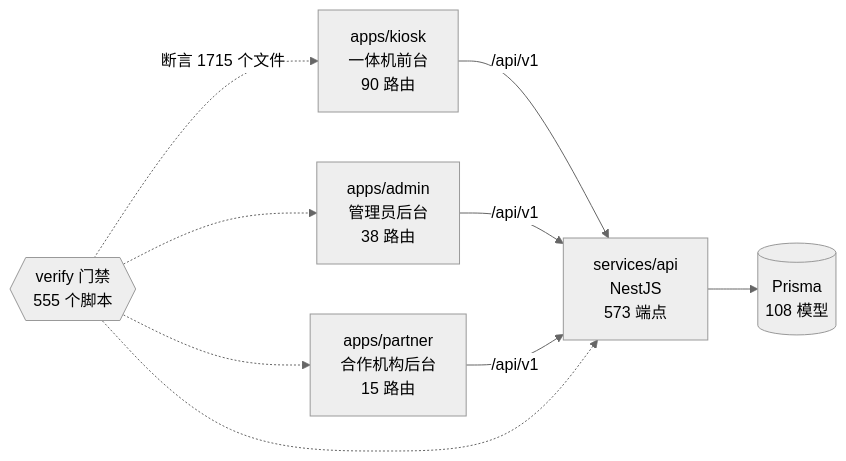
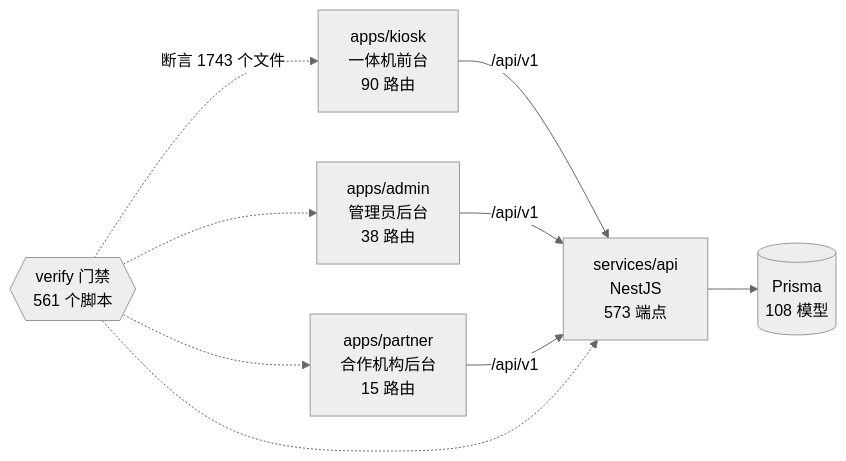
One commit to wanglei581/YITIJI changed the diagram in docs/graph/README.md. Above: the diagram before and after it, drawn with Mermaid (neutral theme). The commit also changed other lines of this file and 1 other file, not shown here.

Commit message:
chore(graph): 并入候选后重生图谱

````diff
--- a/docs/graph/README.md
+++ b/docs/graph/README.md
@@ -68,18 +68,18 @@
 ```mermaid
 flowchart LR
   kiosk["apps/kiosk<br/>一体机前台<br/>90 路由"]
   admin["apps/admin<br/>管理员后台<br/>38 路由"]
   partner["apps/partner<br/>合作机构后台<br/>15 路由"]
   api["services/api<br/>NestJS<br/>573 端点"]
   db[("Prisma<br/>108 模型")]
-  gates{{"verify 门禁<br/>555 个脚本"}}
+  gates{{"verify 门禁<br/>561 个脚本"}}
 
   kiosk -->|"/api/v1"| api
   admin -->|"/api/v1"| api
   partner -->|"/api/v1"| api
   api --> db
-  gates -.->|"断言 1715 个文件"| kiosk
+  gates -.->|"断言 1743 个文件"| kiosk
   gates -.-> admin
   gates -.-> partner
   gates -.-> api
 ```
````
